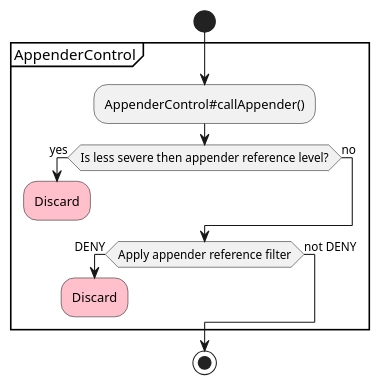
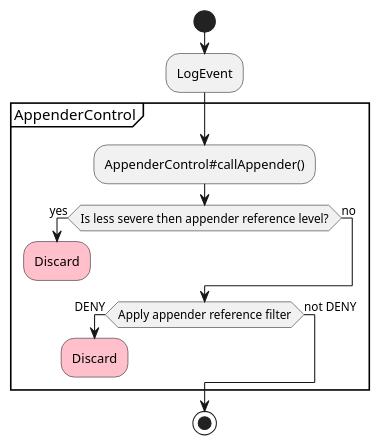
Before and after one commit to apache/logging-log4j2: the third of 4 diagrams in src/site/antora/modules/ROOT/pages/manual/filters.adoc, drawn with PlantUML. The commit also changed other lines of this file and 1 other file, not shown here.

```diff
--- a/src/site/antora/modules/ROOT/pages/manual/filters.adoc
+++ b/src/site/antora/modules/ROOT/pages/manual/filters.adoc
@@ -151,27 +155,28 @@
 [plantuml]
 ....
 @startuml
-!pragma useVerticalIf on
 start
+:LogEvent;
+
 group AppenderControl
 
 :AppenderControl#callAppender();
 
 if (Is less severe then appender reference level?) then (yes)
     #pink:Discard;
     detach
 else (no)
     ' The label improves spacing
     label a2
 endif
 if (Apply appender reference filter) then (DENY)
     #pink:Discard;
     detach
 else (not DENY)
     ' The label improves spacing
     label a1
 endif
 end group
 stop
 @enduml
 ....
```
